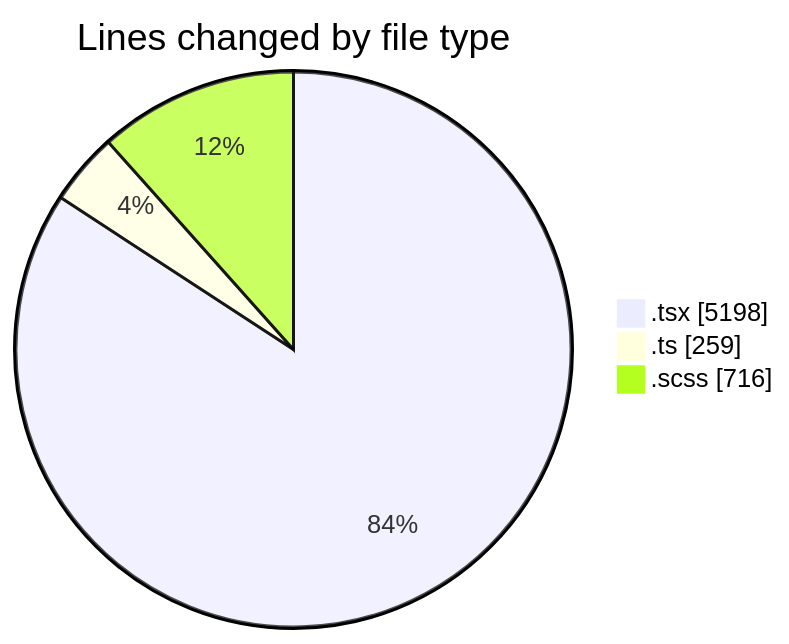
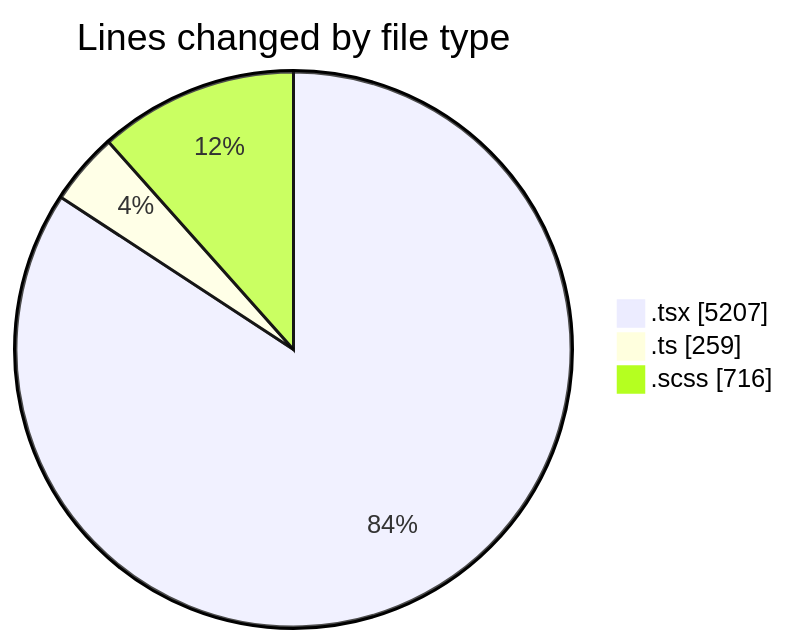
One commit to momahboobian/code-tracking changed the first of 2 diagrams in 2025-09-15/cda/README.md. Above: the diagram before and after it, drawn with Mermaid. The commit also changed other lines of this file and 1 other file, not shown here.

````diff
--- a/2025-09-15/cda/README.md
+++ b/2025-09-15/cda/README.md
@@ -27,7 +27,7 @@
 ```mermaid
 pie showData
 title Lines changed by file type
-".tsx" : 5198
+".tsx" : 5207
 ".ts" : 259
 ".scss" : 716
 ```
````
